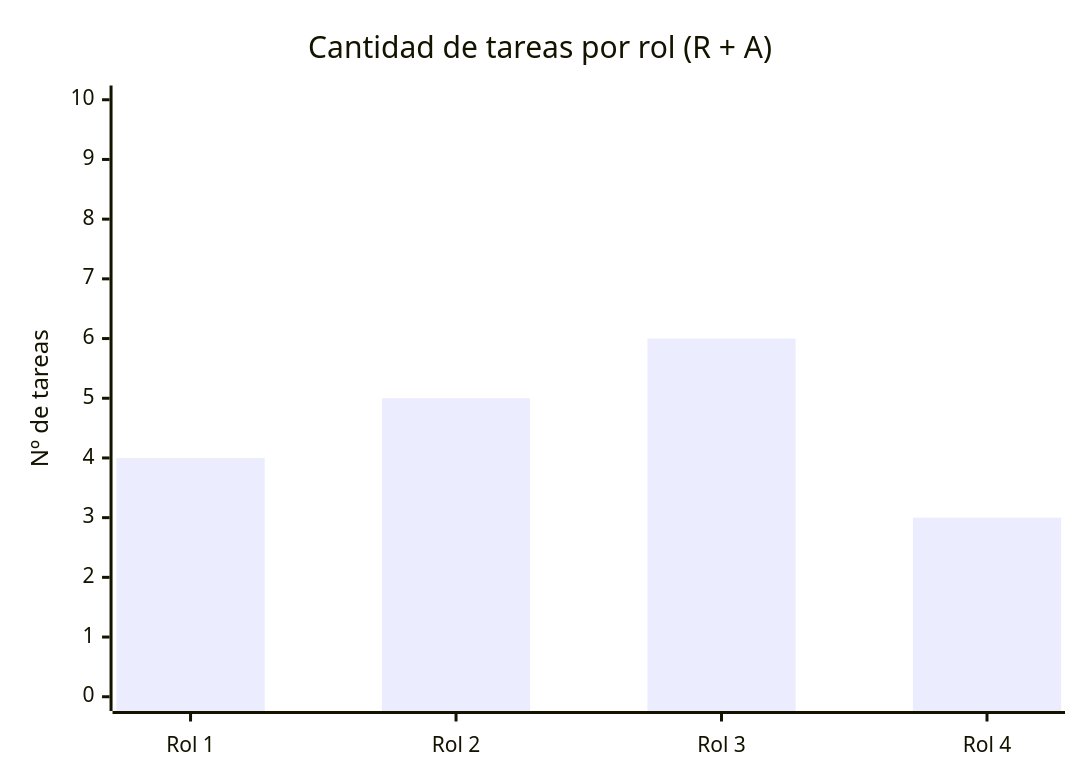
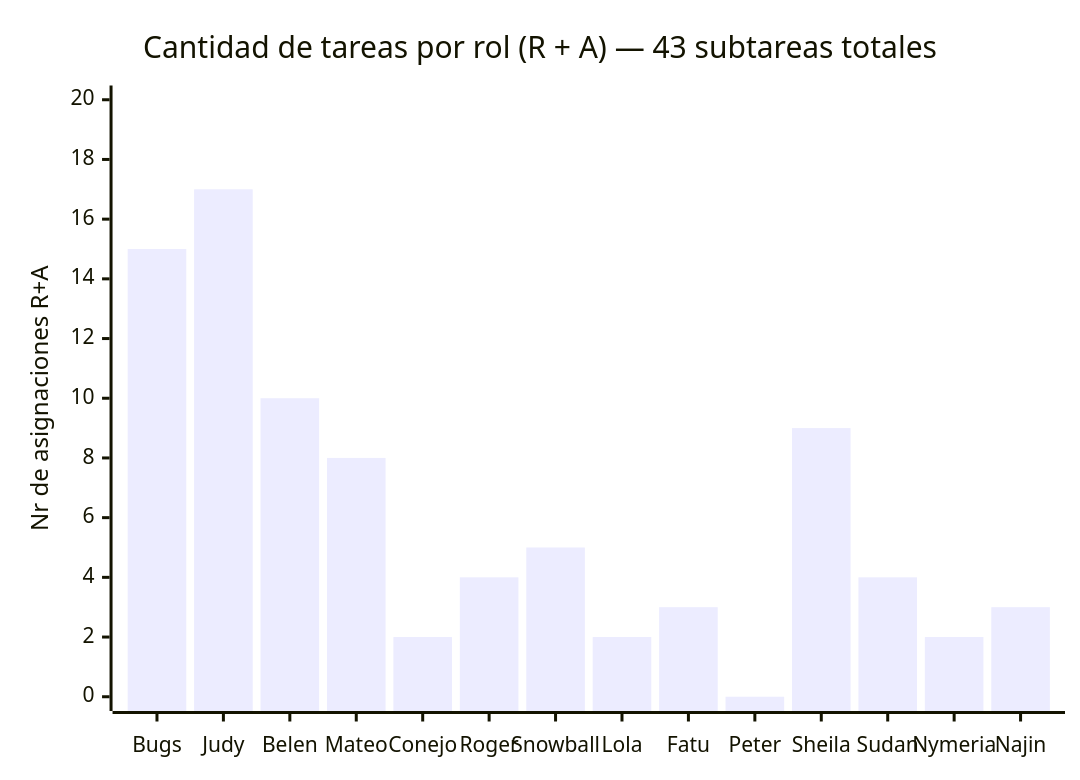
The diagram in docs/03-recursos-raci/matriz-raci.md (sheilariffel/PlandeProyecto_grupo6), drawn with Mermaid before and after one commit. The commit also changed other lines of this file, not shown here.

````diff
--- a/docs/03-recursos-raci/matriz-raci.md
+++ b/docs/03-recursos-raci/matriz-raci.md
@@ -35,7 +105,7 @@
 ```mermaid
 xychart-beta
-    title "Cantidad de tareas por rol (R + A)"
-    x-axis ["Rol 1", "Rol 2", "Rol 3", "Rol 4"]
-    y-axis "Nº de tareas" 0 --> 10
-    bar [4, 5, 6, 3]
+    title "Cantidad de tareas por rol (R + A) — 43 subtareas totales"
+    x-axis ["Bugs", "Judy", "Belen", "Mateo", "Conejo", "Roger", "Snowball", "Lola", "Fatu", "Peter", "Sheila", "Sudan", "Nymeria", "Najin"]
+    y-axis "Nr de asignaciones R+A" 0 --> 20
+    bar [15, 17, 10, 8, 2, 4, 5, 2, 3, 0, 9, 4, 2, 3]
 ```
````
